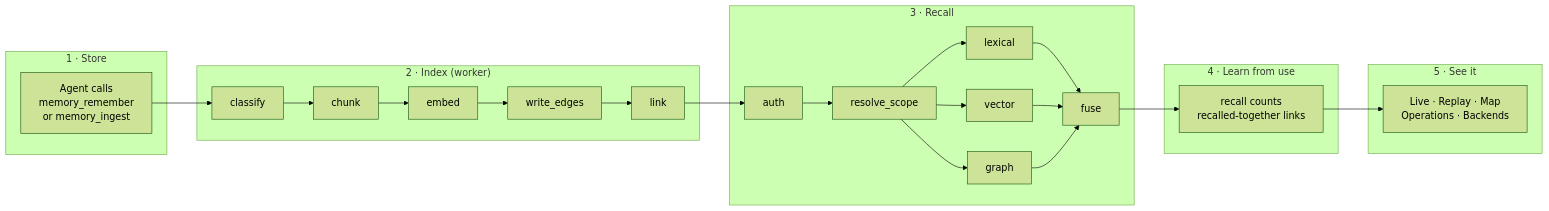
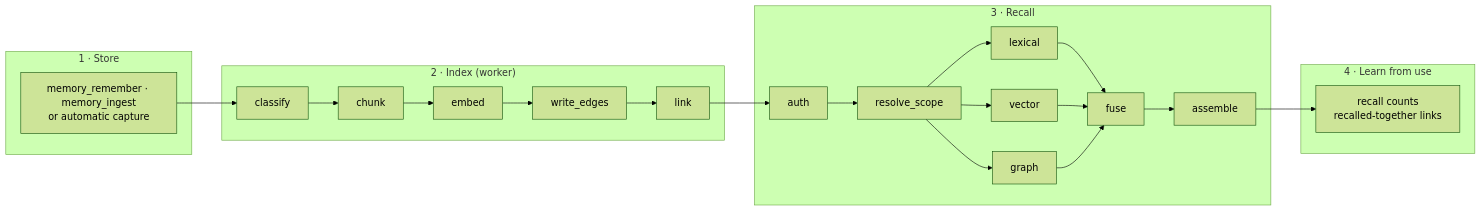
The first of 4 diagrams in README.md (JIGGAI/albert), drawn with Mermaid (forest theme) before and after one commit. The commit also changed other lines of this file, not shown here.

First line of the commit message:
docs: rewrite README for developers around how a memory travels

````diff
--- a/README.md
+++ b/README.md
@@ -33,27 +123,25 @@
 ```mermaid
 flowchart LR
     subgraph S1["1 · Store"]
-        A["Agent calls<br/>memory_remember<br/>or memory_ingest"]
+        A["memory_remember · memory_ingest<br/>or automatic capture"]
     end
     subgraph S2["2 · Index (worker)"]
         B[classify] --> C[chunk] --> D[embed] --> E[write_edges] --> F[link]
     end
     subgraph S3["3 · Recall"]
         G[auth] --> H[resolve_scope]
         H --> I[lexical]
         H --> J[vector]
         H --> K[graph]
         I --> L[fuse]
         J --> L
         K --> L
+        L --> P[assemble]
     end
     subgraph S4["4 · Learn from use"]
         M["recall counts<br/>recalled-together links"]
     end
-    subgraph S5["5 · See it"]
-        N["Live · Replay · Map<br/>Operations · Backends"]
-    end
     A --> B
     F --> G
-    L --> M --> N
+    P --> M
 ```
````
